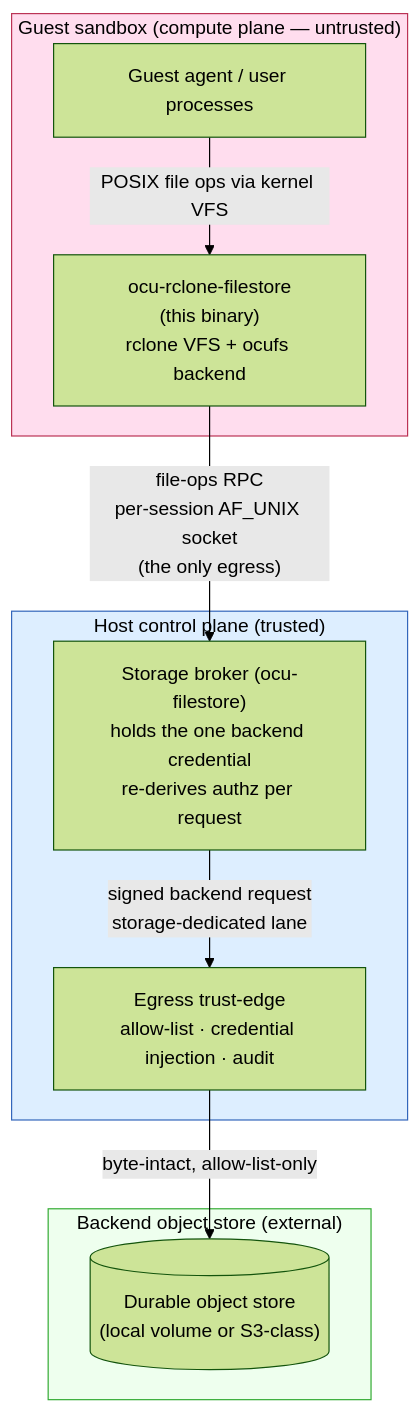
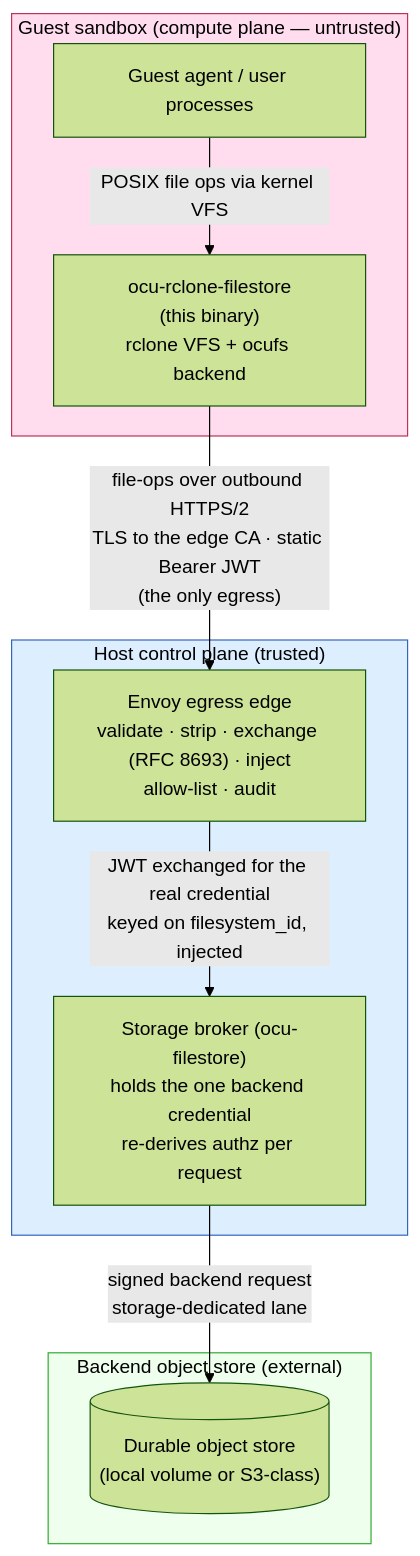
Before and after one commit to Wide-Moat/ocu-rclone-filestore: the first of 5 diagrams in docs/architecture.md, drawn with Mermaid (forest theme). The commit also changed other lines of this file, not shown here.

First line of the commit message:
docs(G-01): rewrite architecture.md to the HTTPS/REST+JWT+Envoy model

````diff
--- a/docs/architecture.md
+++ b/docs/architecture.md
@@ -62,28 +65,28 @@
 ```mermaid
 flowchart TB
     subgraph guest["Guest sandbox (compute plane — untrusted)"]
         agent["Guest agent / user processes"]
         mount["ocu-rclone-filestore<br/>(this binary)<br/>rclone VFS + ocufs backend"]
         agent -->|"POSIX file ops via kernel VFS"| mount
     end
 
     subgraph host["Host control plane (trusted)"]
+        edge["Envoy egress edge<br/>validate · strip · exchange (RFC 8693) · inject<br/>allow-list · audit"]
         broker["Storage broker (ocu-filestore)<br/>holds the one backend credential<br/>re-derives authz per request"]
-        edge["Egress trust-edge<br/>allow-list · credential injection · audit"]
     end
 
     subgraph backend["Backend object store (external)"]
         store[("Durable object store<br/>(local volume or S3-class)")]
     end
 
-    mount -->|"file-ops RPC<br/>per-session AF_UNIX socket<br/>(the only egress)"| broker
-    broker -->|"signed backend request<br/>storage-dedicated lane"| edge
-    edge -->|"byte-intact, allow-list-only"| store
+    mount -->|"file-ops over outbound HTTPS/2<br/>TLS to the edge CA · static Bearer JWT<br/>(the only egress)"| edge
+    edge -->|"JWT exchanged for the real credential<br/>keyed on filesystem_id, injected"| broker
+    broker -->|"signed backend request<br/>storage-dedicated lane"| store
 
     classDef untrusted fill:#fde,stroke:#b35,color:#000
     classDef trusted fill:#def,stroke:#36b,color:#000
     classDef external fill:#efe,stroke:#3a3,color:#000
     class guest untrusted
     class host trusted
     class backend external
 ```
````
